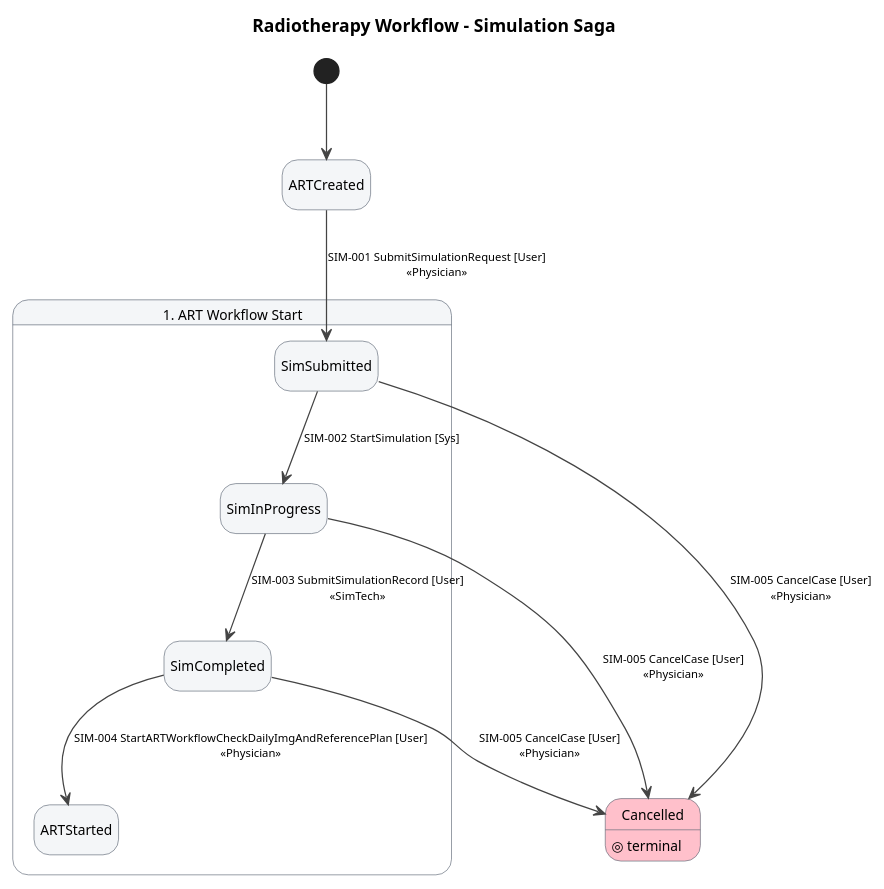
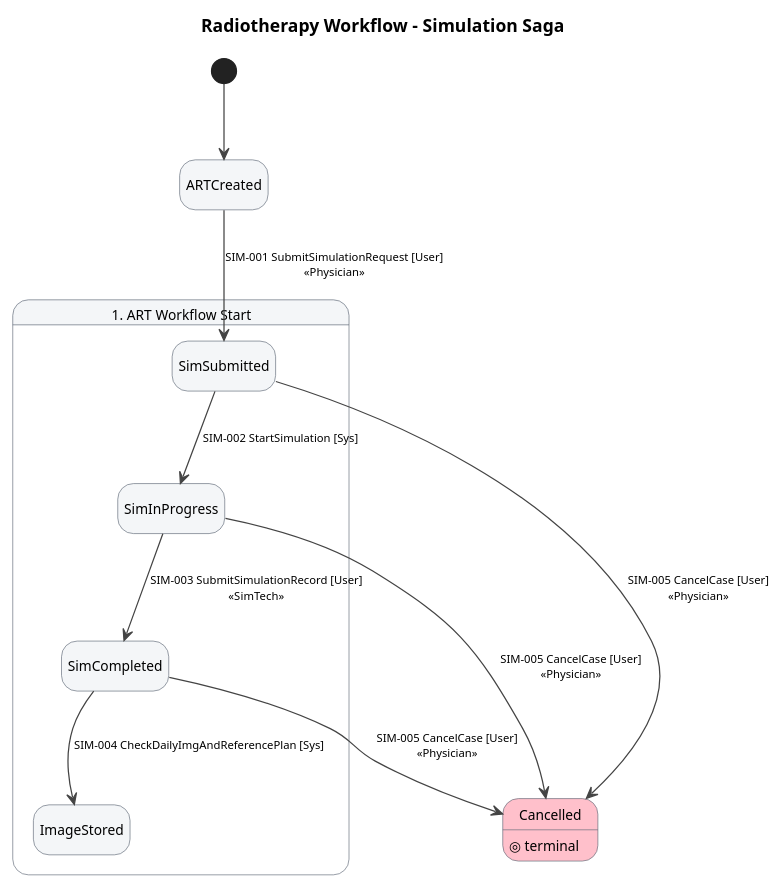
Before and after one commit to daniel-robot/wfmgr: the diagram in docs/workflow/generated/simulation-saga.puml, drawn with PlantUML. The commit also changed 2 other files, not shown here.

```diff
--- a/docs/workflow/generated/simulation-saga.puml
+++ b/docs/workflow/generated/simulation-saga.puml
@@ -1,37 +1,37 @@
 @startuml
 title Radiotherapy Workflow – Simulation Saga
 
 hide empty description
 
 skinparam DefaultFontName Arial
 skinparam Shadowing false
 skinparam ArrowColor #444444
 skinparam state {
   BackgroundColor #F4F6F8
   BorderColor #5A6473
   FontSize 11
   ArrowFontSize 9
   ArrowColor #444444
 }
 
 [*] --> ARTCreated
 
 state "1. ART Workflow Start" as SIM {
   state ARTCreated
   state SimSubmitted
   state SimInProgress
   state SimCompleted
-  state ARTStarted
+  state ImageStored
 }
 
 state Cancelled #FFC0CB : ◎ terminal
 
 ' ─── Transitions ─────────────────────────
 ARTCreated--> SimSubmitted: SIM-001 SubmitSimulationRequest [User]\n«Physician»
 SimSubmitted--> SimInProgress : SIM-002 StartSimulation [Sys]
 SimInProgress --> SimCompleted : SIM-003 SubmitSimulationRecord [User]\n«SimTech»
-SimCompleted --> ARTStarted: SIM-004 StartARTWorkflowCheckDailyImgAndReferencePlan [User]\n«Physician»
+SimCompleted --> ImageStored: SIM-004 CheckDailyImgAndReferencePlan [Sys]
 SimSubmitted--> Cancelled : SIM-005 CancelCase [User]\n«Physician»
 SimInProgress --> Cancelled : SIM-005 CancelCase [User]\n«Physician»
 SimCompleted --> Cancelled : SIM-005 CancelCase [User]\n«Physician»
 @enduml
```
